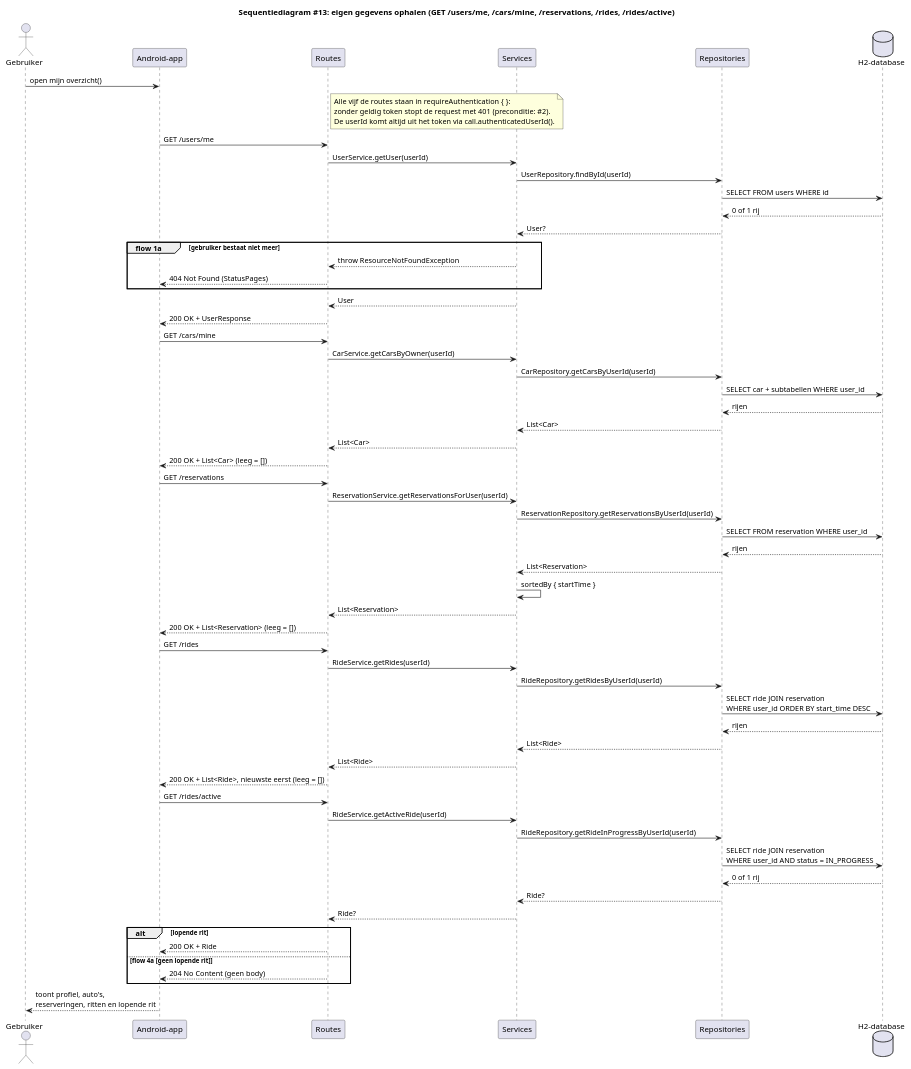
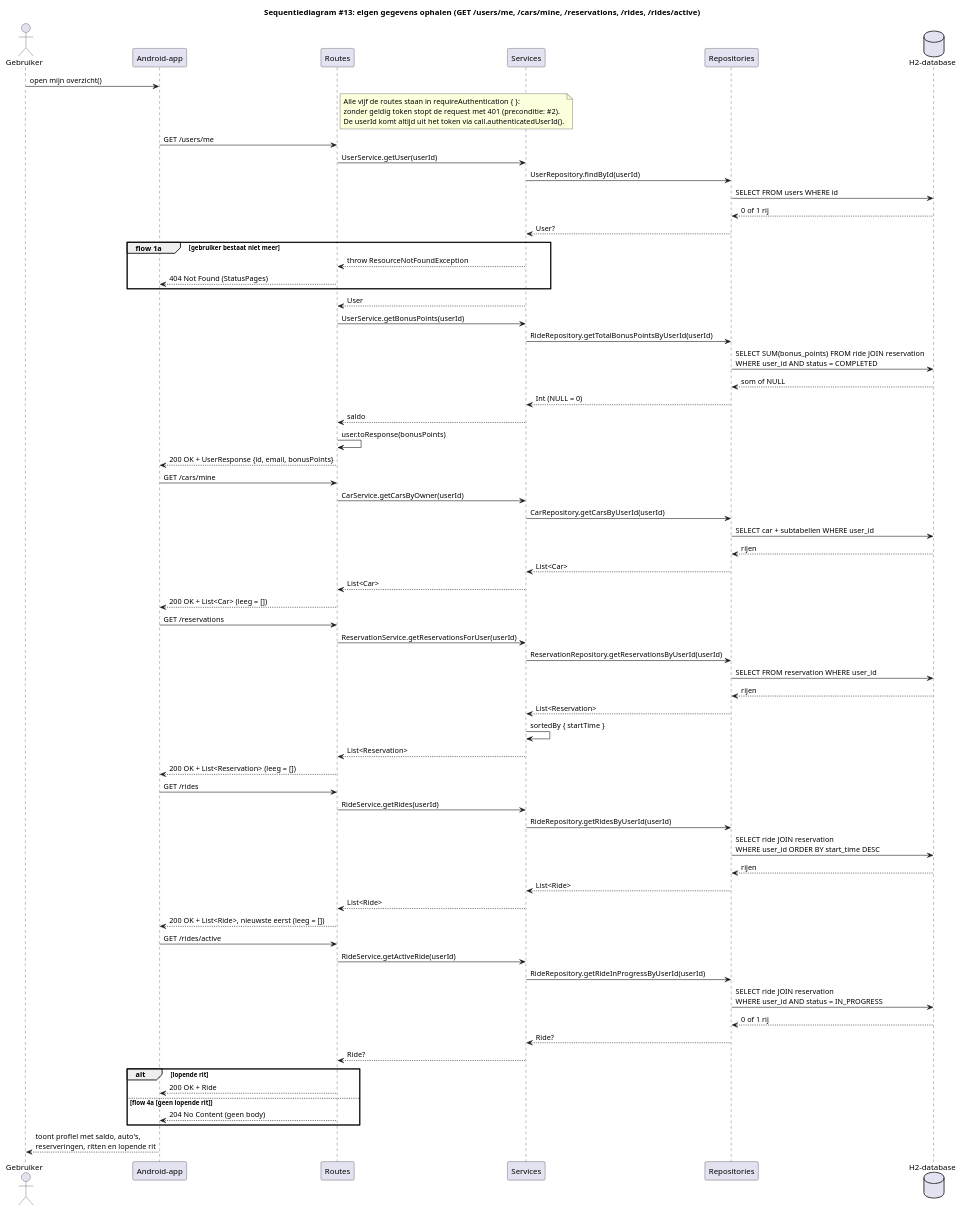
Before and after one commit to MarkPrins18/hbo-leerjaar2: the diagram in diagrams/sequence/MyOverview.puml, drawn with PlantUML. The commit also changed 13 other files, not shown here.

First line of the commit message:
feat: saldo bonuspunten in UserResponse

```diff
--- a/diagrams/sequence/MyOverview.puml
+++ b/diagrams/sequence/MyOverview.puml
@@ -1,78 +1,86 @@
 @startuml MyOverview
 title Sequentiediagram #13: eigen gegevens ophalen (GET /users/me, /cars/mine, /reservations, /rides, /rides/active)
 
 actor Gebruiker as g
 participant "Android-app" as app
 participant "Routes" as rt
 participant "Services" as svc
 participant "Repositories" as repo
 database "H2-database" as db
 
 g -> app : open mijn overzicht()
 note right of rt
   Alle vijf de routes staan in requireAuthentication { }:
   zonder geldig token stopt de request met 401 (preconditie: #2).
   De userId komt altijd uit het token via call.authenticatedUserId().
 end note
 
 app -> rt : GET /users/me
 rt -> svc : UserService.getUser(userId)
 svc -> repo : UserRepository.findById(userId)
 repo -> db : SELECT FROM users WHERE id
 db --> repo : 0 of 1 rij
 repo --> svc : User?
 
 group flow 1a [gebruiker bestaat niet meer]
     svc --> rt : throw ResourceNotFoundException
     rt --> app : 404 Not Found (StatusPages)
 end
 
 svc --> rt : User
-rt --> app : 200 OK + UserResponse
+rt -> svc : UserService.getBonusPoints(userId)
+svc -> repo : RideRepository.getTotalBonusPointsByUserId(userId)
+repo -> db : SELECT SUM(bonus_points) FROM ride JOIN reservation\nWHERE user_id AND status = COMPLETED
+db --> repo : som of NULL
+repo --> svc : Int (NULL = 0)
+svc --> rt : saldo
+rt -> rt : user.toResponse(bonusPoints)
+rt --> app : 200 OK + UserResponse {id, email, bonusPoints}
 
 app -> rt : GET /cars/mine
 rt -> svc : CarService.getCarsByOwner(userId)
 svc -> repo : CarRepository.getCarsByUserId(userId)
 repo -> db : SELECT car + subtabellen WHERE user_id
 db --> repo : rijen
 repo --> svc : List<Car>
 svc --> rt : List<Car>
 rt --> app : 200 OK + List<Car> (leeg = [])
 
 app -> rt : GET /reservations
 rt -> svc : ReservationService.getReservationsForUser(userId)
 svc -> repo : ReservationRepository.getReservationsByUserId(userId)
 repo -> db : SELECT FROM reservation WHERE user_id
 db --> repo : rijen
 repo --> svc : List<Reservation>
 svc -> svc : sortedBy { startTime }
 svc --> rt : List<Reservation>
 rt --> app : 200 OK + List<Reservation> (leeg = [])
 
 app -> rt : GET /rides
 rt -> svc : RideService.getRides(userId)
 svc -> repo : RideRepository.getRidesByUserId(userId)
 repo -> db : SELECT ride JOIN reservation\nWHERE user_id ORDER BY start_time DESC
 db --> repo : rijen
 repo --> svc : List<Ride>
 svc --> rt : List<Ride>
 rt --> app : 200 OK + List<Ride>, nieuwste eerst (leeg = [])
 
 app -> rt : GET /rides/active
 rt -> svc : RideService.getActiveRide(userId)
 svc -> repo : RideRepository.getRideInProgressByUserId(userId)
 repo -> db : SELECT ride JOIN reservation\nWHERE user_id AND status = IN_PROGRESS
 db --> repo : 0 of 1 rij
 repo --> svc : Ride?
 
 svc --> rt : Ride?
 
 alt lopende rit
     rt --> app : 200 OK + Ride
 else flow 4a [geen lopende rit]
     rt --> app : 204 No Content (geen body)
 end
-app --> g : toont profiel, auto's,\nreserveringen, ritten en lopende rit
+app --> g : toont profiel met saldo, auto's,\nreserveringen, ritten en lopende rit
+
 
 
 @enduml
```
